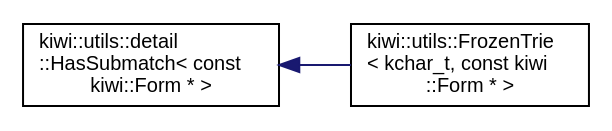
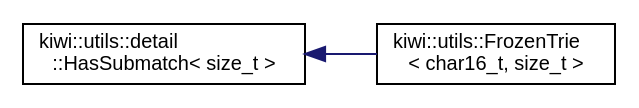
The diagram in inherit_graph_92.dot (bab2min/Kiwi), drawn with Graphviz before and after one commit. The commit also changed 153 other files, not shown here.

```diff
--- a/inherit_graph_92.dot
+++ b/inherit_graph_92.dot
@@ -1,10 +1,10 @@
 digraph "Graphical Class Hierarchy"
 {
  // LATEX_PDF_SIZE
   edge [fontname="Helvetica",fontsize="10",labelfontname="Helvetica",labelfontsize="10"];
   node [fontname="Helvetica",fontsize="10",shape=record];
   rankdir="LR";
-  Node0 [label="kiwi::utils::detail\l::HasSubmatch\< const\l kiwi::Form * \>",height=0.2,width=0.4,color="black", fillcolor="white", style="filled",URL="$structkiwi_1_1utils_1_1detail_1_1HasSubmatch.html",tooltip=" "];
+  Node0 [label="kiwi::utils::detail\l::HasSubmatch\< size_t \>",height=0.2,width=0.4,color="black", fillcolor="white", style="filled",URL="$structkiwi_1_1utils_1_1detail_1_1HasSubmatch.html",tooltip=" "];
   Node0 -> Node1 [dir="back",color="midnightblue",fontsize="10",style="solid",fontname="Helvetica"];
-  Node1 [label="kiwi::utils::FrozenTrie\l\< kchar_t, const kiwi\l::Form * \>",height=0.2,width=0.4,color="black", fillcolor="white", style="filled",URL="$classkiwi_1_1utils_1_1FrozenTrie.html",tooltip=" "];
+  Node1 [label="kiwi::utils::FrozenTrie\l\< char16_t, size_t \>",height=0.2,width=0.4,color="black", fillcolor="white", style="filled",URL="$classkiwi_1_1utils_1_1FrozenTrie.html",tooltip=" "];
 }
```
